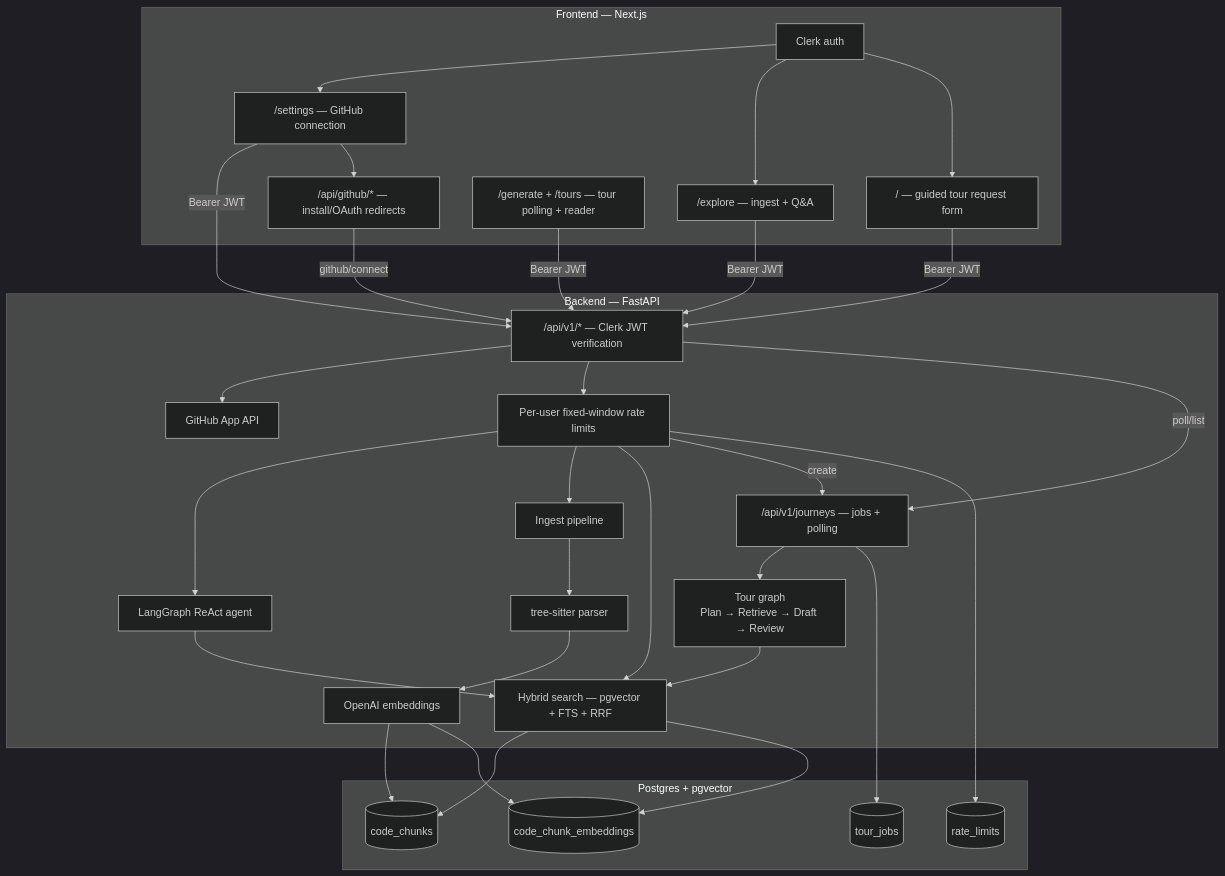
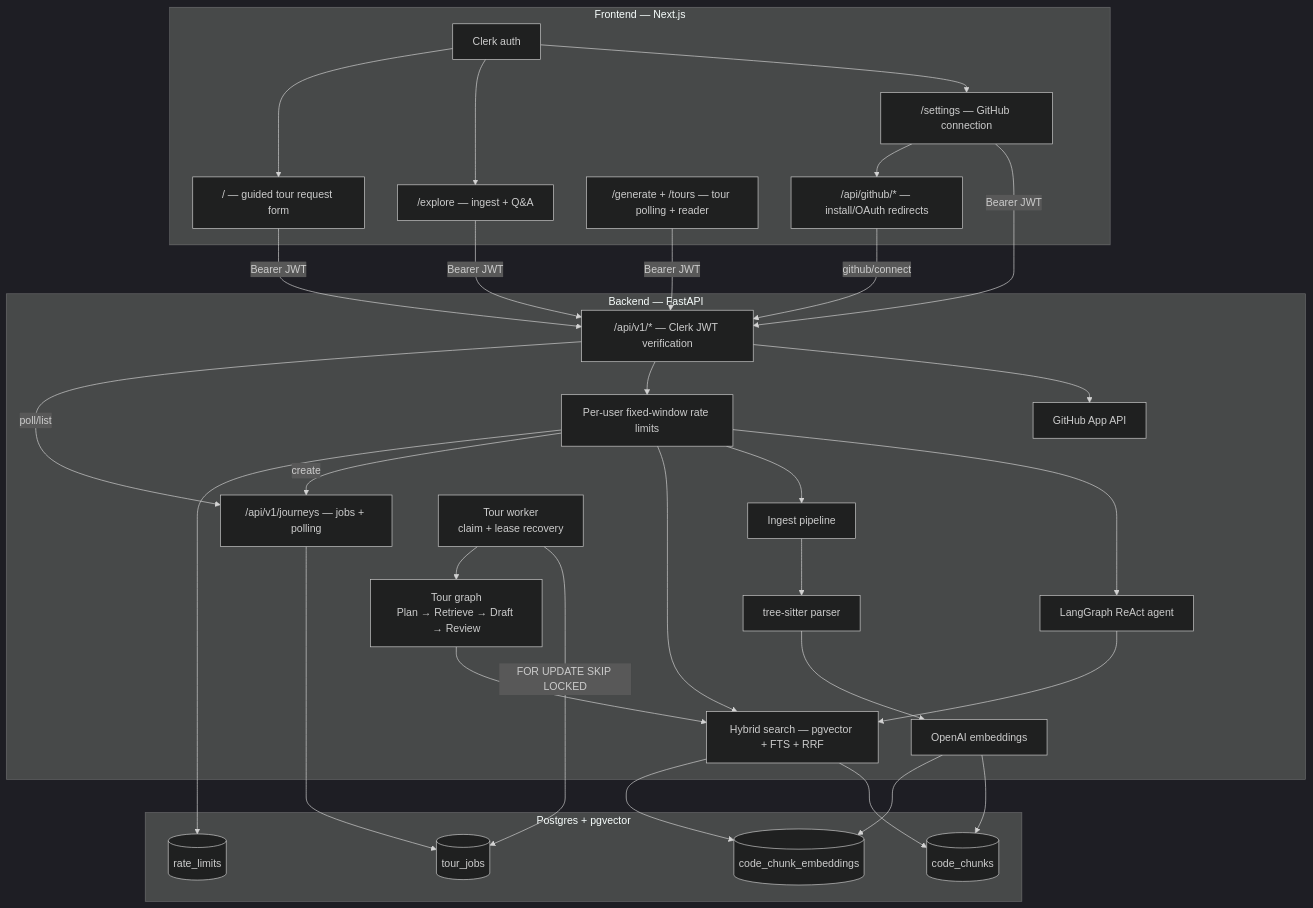
The second of 3 diagrams in README.md (jballo/camino), drawn with Mermaid (dark theme) before and after one commit. The commit also changed other lines of this file and 13 other files, not shown here.

First line of the commit message:
feat(worker): make tour generation durable

````diff
--- a/README.md
+++ b/README.md
@@ -80,57 +82,59 @@
 ```mermaid
 flowchart TB
   subgraph frontend [Frontend — Next.js]
     Clerk[Clerk auth]
     Settings["/settings — GitHub connection"]
     Explore["/explore — ingest + Q&A"]
     Home["/ — guided tour request form"]
     TourUI["/generate + /tours — tour polling + reader"]
     GithubRoutes["/api/github/* — install/OAuth redirects"]
   end
 
   subgraph backend [Backend — FastAPI]
     API["/api/v1/* — Clerk JWT verification"]
     GH[GitHub App API]
     Ingest[Ingest pipeline]
     Parser[tree-sitter parser]
     Embed[OpenAI embeddings]
     Search[Hybrid search — pgvector + FTS + RRF]
     Agent[LangGraph ReAct agent]
     Journeys["/api/v1/journeys — jobs + polling"]
+    Worker["Tour worker<br/>claim + lease recovery"]
     TourGraph["Tour graph<br/>Plan → Retrieve → Draft → Review"]
     Limits["Per-user fixed-window rate limits"]
   end
 
   subgraph data [Postgres + pgvector]
     Chunks[(code_chunks)]
     Vectors[(code_chunk_embeddings)]
     Jobs[(tour_jobs)]
     Counters[(rate_limits)]
   end
 
   Clerk --> Settings
   Clerk --> Explore
   Clerk --> Home
   Settings -->|"Bearer JWT"| API
   Explore -->|"Bearer JWT"| API
   Home -->|"Bearer JWT"| API
   TourUI -->|"Bearer JWT"| API
   Settings --> GithubRoutes
   GithubRoutes -->|github/connect| API
   API --> GH
   API --> Limits
   Limits --> Agent
   Limits --> Ingest
   Limits --> Search
   Limits -->|create| Journeys
   API -->|poll/list| Journeys
   Limits --> Counters
-  Journeys --> TourGraph
   Ingest --> Parser --> Embed --> Chunks
   Embed --> Vectors
   Agent --> Search
+  Journeys --> Jobs
+  Worker -->|"FOR UPDATE SKIP LOCKED"| Jobs
+  Worker --> TourGraph
   TourGraph --> Search
-  Journeys --> Jobs
   Search --> Chunks
   Search --> Vectors
 ```
````
